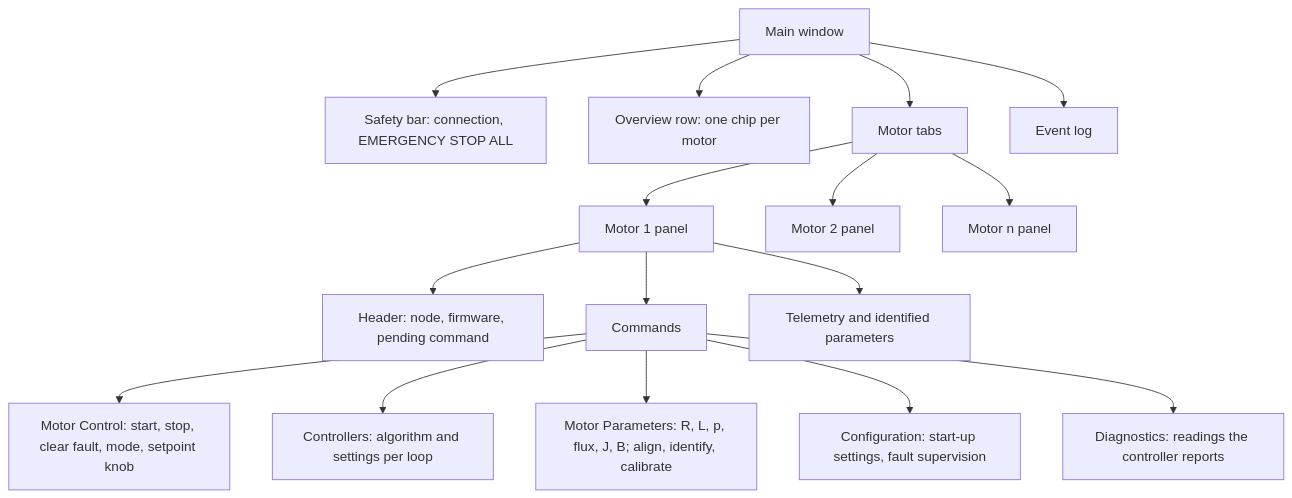
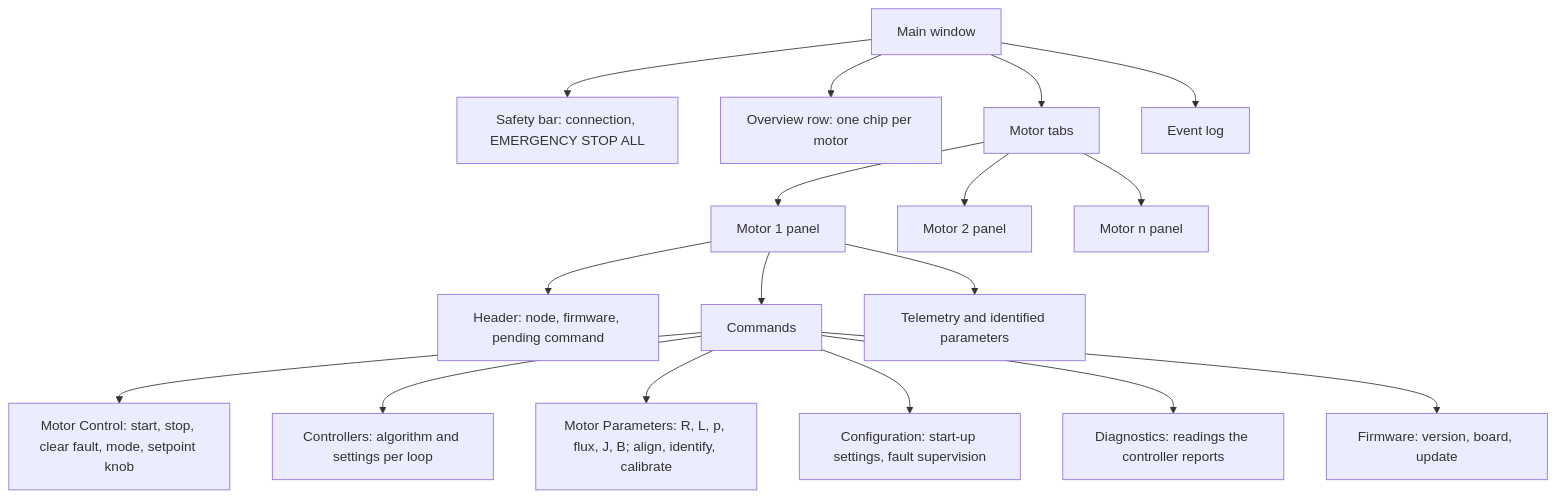
The first of 10 diagrams in documentation/design/tool-can-commander.md (embedded-pro/e-foc), drawn with Mermaid before and after one commit. The commit also changed other lines of this file and 9 other files, not shown here.

````diff
--- a/documentation/design/tool-can-commander.md
+++ b/documentation/design/tool-can-commander.md
@@ -71,18 +73,19 @@
 ```mermaid
 graph TD
     Window["Main window"] --> Safety["Safety bar: connection, EMERGENCY STOP ALL"]
     Window --> Overview["Overview row: one chip per motor"]
     Window --> Tabs["Motor tabs"]
     Window --> Log["Event log"]
     Tabs --> M1["Motor 1 panel"]
     Tabs --> M2["Motor 2 panel"]
     Tabs --> Mn["Motor n panel"]
     M1 --> Header["Header: node, firmware, pending command"]
     M1 --> Commands["Commands"]
     M1 --> Telemetry["Telemetry and identified parameters"]
     Commands --> Control["Motor Control: start, stop, clear fault, mode, setpoint knob"]
     Commands --> Controllers["Controllers: algorithm and settings per loop"]
     Commands --> Parameters["Motor Parameters: R, L, p, flux, J, B; align, identify, calibrate"]
     Commands --> Configuration["Configuration: start-up settings, fault supervision"]
     Commands --> Diagnostics["Diagnostics: readings the controller reports"]
+    Commands --> Firmware["Firmware: version, board, update"]
 ```
````
